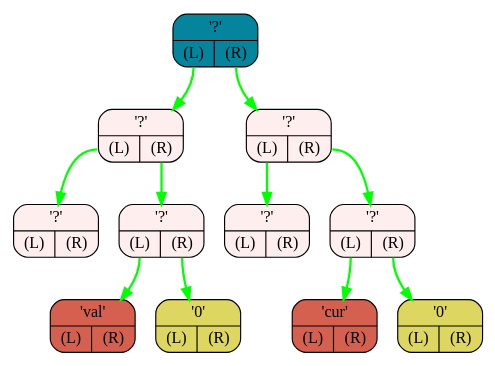
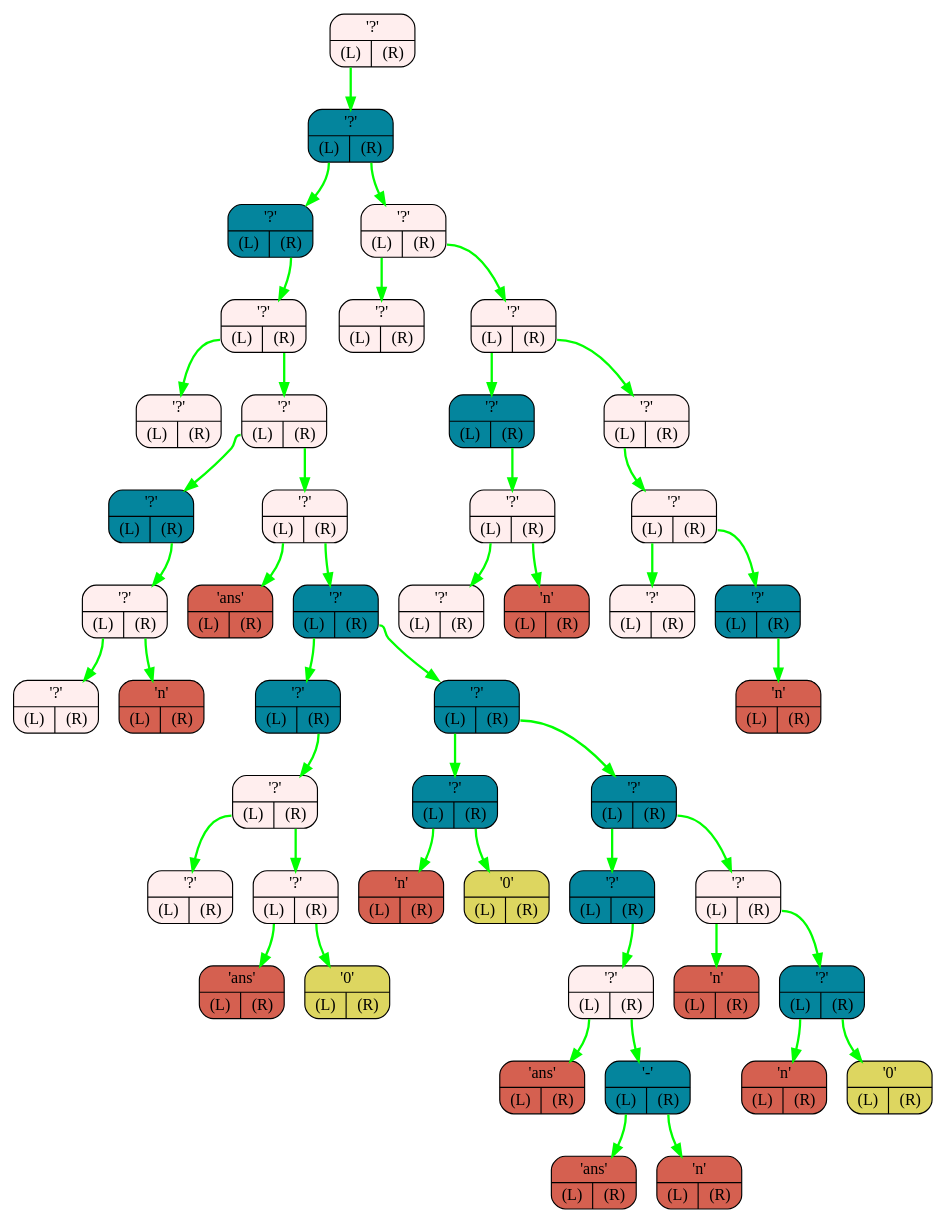
One commit to I1Va/OptimaLang changed the diagram in BackEnd/logs/graph.dot. Above: the diagram before and after it, drawn with Graphviz. The commit also changed 22 other files, not shown here.

```diff
--- a/BackEnd/logs/graph.dot
+++ b/BackEnd/logs/graph.dot
@@ -1,24 +1,96 @@
 digraph G{
     rankdir=TB;
-    NODE0x7fff18c7dfd8[shape="Mrecord",color="black",fillcolor="#04859D",style="filled",label="{'?' | {<L> (L)| <R> (R)}}"]
-    NODE0x7fff18c7e000[shape="Mrecord",color="black",fillcolor="#FFEEEE",style="filled",label="{'?' | {<L> (L)| <R> (R)}}"]
-    NODE0x7fff18c7e028[shape="Mrecord",color="black",fillcolor="#FFEEEE",style="filled",label="{'?' | {<L> (L)| <R> (R)}}"]
-    NODE0x7fff18c7e050[shape="Mrecord",color="black",fillcolor="#FFEEEE",style="filled",label="{'?' | {<L> (L)| <R> (R)}}"]
-    NODE0x7fff18c7e078[shape="Mrecord",color="black",fillcolor="#d56050",style="filled",label="{'val' | {<L> (L)| <R> (R)}}"]
-    NODE0x7fff18c7e0a0[shape="Mrecord",color="black",fillcolor="#ddd660",style="filled",label="{'0' | {<L> (L)| <R> (R)}}"]
-    NODE0x7fff18c7e0c8[shape="Mrecord",color="black",fillcolor="#FFEEEE",style="filled",label="{'?' | {<L> (L)| <R> (R)}}"]
-    NODE0x7fff18c7e0f0[shape="Mrecord",color="black",fillcolor="#FFEEEE",style="filled",label="{'?' | {<L> (L)| <R> (R)}}"]
-    NODE0x7fff18c7e118[shape="Mrecord",color="black",fillcolor="#FFEEEE",style="filled",label="{'?' | {<L> (L)| <R> (R)}}"]
-    NODE0x7fff18c7e140[shape="Mrecord",color="black",fillcolor="#d56050",style="filled",label="{'cur' | {<L> (L)| <R> (R)}}"]
-    NODE0x7fff18c7e168[shape="Mrecord",color="black",fillcolor="#ddd660",style="filled",label="{'0' | {<L> (L)| <R> (R)}}"]
-    NODE0x7fff18c7e050:L-> NODE0x7fff18c7e078 [color="#00FF00",penwidth=2,label=""]
-    NODE0x7fff18c7e050:R-> NODE0x7fff18c7e0a0 [color="#00FF00",penwidth=2,label=""]
-    NODE0x7fff18c7e000:L-> NODE0x7fff18c7e028 [color="#00FF00",penwidth=2,label=""]
-    NODE0x7fff18c7e000:R-> NODE0x7fff18c7e050 [color="#00FF00",penwidth=2,label=""]
-    NODE0x7fff18c7e118:L-> NODE0x7fff18c7e140 [color="#00FF00",penwidth=2,label=""]
-    NODE0x7fff18c7e118:R-> NODE0x7fff18c7e168 [color="#00FF00",penwidth=2,label=""]
-    NODE0x7fff18c7e0c8:L-> NODE0x7fff18c7e0f0 [color="#00FF00",penwidth=2,label=""]
-    NODE0x7fff18c7e0c8:R-> NODE0x7fff18c7e118 [color="#00FF00",penwidth=2,label=""]
-    NODE0x7fff18c7dfd8:L-> NODE0x7fff18c7e000 [color="#00FF00",penwidth=2,label=""]
-    NODE0x7fff18c7dfd8:R-> NODE0x7fff18c7e0c8 [color="#00FF00",penwidth=2,label=""]
+    NODE0x7ffe00920ae8[shape="Mrecord",color="black",fillcolor="#FFEEEE",style="filled",label="{'?' | {<L> (L)| <R> (R)}}"]
+    NODE0x7ffe00920b10[shape="Mrecord",color="black",fillcolor="#04859D",style="filled",label="{'?' | {<L> (L)| <R> (R)}}"]
+    NODE0x7ffe00920b38[shape="Mrecord",color="black",fillcolor="#04859D",style="filled",label="{'?' | {<L> (L)| <R> (R)}}"]
+    NODE0x7ffe00920b60[shape="Mrecord",color="black",fillcolor="#FFEEEE",style="filled",label="{'?' | {<L> (L)| <R> (R)}}"]
+    NODE0x7ffe00920b88[shape="Mrecord",color="black",fillcolor="#FFEEEE",style="filled",label="{'?' | {<L> (L)| <R> (R)}}"]
+    NODE0x7ffe00920bb0[shape="Mrecord",color="black",fillcolor="#FFEEEE",style="filled",label="{'?' | {<L> (L)| <R> (R)}}"]
+    NODE0x7ffe00920bd8[shape="Mrecord",color="black",fillcolor="#04859D",style="filled",label="{'?' | {<L> (L)| <R> (R)}}"]
+    NODE0x7ffe00920c00[shape="Mrecord",color="black",fillcolor="#FFEEEE",style="filled",label="{'?' | {<L> (L)| <R> (R)}}"]
+    NODE0x7ffe00920c28[shape="Mrecord",color="black",fillcolor="#FFEEEE",style="filled",label="{'?' | {<L> (L)| <R> (R)}}"]
+    NODE0x7ffe00920c50[shape="Mrecord",color="black",fillcolor="#d56050",style="filled",label="{'n' | {<L> (L)| <R> (R)}}"]
+    NODE0x7ffe00920c78[shape="Mrecord",color="black",fillcolor="#FFEEEE",style="filled",label="{'?' | {<L> (L)| <R> (R)}}"]
+    NODE0x7ffe00920ca0[shape="Mrecord",color="black",fillcolor="#d56050",style="filled",label="{'ans' | {<L> (L)| <R> (R)}}"]
+    NODE0x7ffe00920cc8[shape="Mrecord",color="black",fillcolor="#04859D",style="filled",label="{'?' | {<L> (L)| <R> (R)}}"]
+    NODE0x7ffe00920cf0[shape="Mrecord",color="black",fillcolor="#04859D",style="filled",label="{'?' | {<L> (L)| <R> (R)}}"]
+    NODE0x7ffe00920d18[shape="Mrecord",color="black",fillcolor="#FFEEEE",style="filled",label="{'?' | {<L> (L)| <R> (R)}}"]
+    NODE0x7ffe00920d40[shape="Mrecord",color="black",fillcolor="#FFEEEE",style="filled",label="{'?' | {<L> (L)| <R> (R)}}"]
+    NODE0x7ffe00920d68[shape="Mrecord",color="black",fillcolor="#FFEEEE",style="filled",label="{'?' | {<L> (L)| <R> (R)}}"]
+    NODE0x7ffe00920d90[shape="Mrecord",color="black",fillcolor="#d56050",style="filled",label="{'ans' | {<L> (L)| <R> (R)}}"]
+    NODE0x7ffe00920db8[shape="Mrecord",color="black",fillcolor="#ddd660",style="filled",label="{'0' | {<L> (L)| <R> (R)}}"]
+    NODE0x7ffe00920de0[shape="Mrecord",color="black",fillcolor="#04859D",style="filled",label="{'?' | {<L> (L)| <R> (R)}}"]
+    NODE0x7ffe00920e08[shape="Mrecord",color="black",fillcolor="#04859D",style="filled",label="{'?' | {<L> (L)| <R> (R)}}"]
+    NODE0x7ffe00920e30[shape="Mrecord",color="black",fillcolor="#d56050",style="filled",label="{'n' | {<L> (L)| <R> (R)}}"]
+    NODE0x7ffe00920e58[shape="Mrecord",color="black",fillcolor="#ddd660",style="filled",label="{'0' | {<L> (L)| <R> (R)}}"]
+    NODE0x7ffe00920e80[shape="Mrecord",color="black",fillcolor="#04859D",style="filled",label="{'?' | {<L> (L)| <R> (R)}}"]
+    NODE0x7ffe00920ea8[shape="Mrecord",color="black",fillcolor="#04859D",style="filled",label="{'?' | {<L> (L)| <R> (R)}}"]
+    NODE0x7ffe00920ed0[shape="Mrecord",color="black",fillcolor="#FFEEEE",style="filled",label="{'?' | {<L> (L)| <R> (R)}}"]
+    NODE0x7ffe00920ef8[shape="Mrecord",color="black",fillcolor="#d56050",style="filled",label="{'ans' | {<L> (L)| <R> (R)}}"]
+    NODE0x7ffe00920f20[shape="Mrecord",color="black",fillcolor="#04859D",style="filled",label="{'-' | {<L> (L)| <R> (R)}}"]
+    NODE0x7ffe00920f48[shape="Mrecord",color="black",fillcolor="#d56050",style="filled",label="{'ans' | {<L> (L)| <R> (R)}}"]
+    NODE0x7ffe00920f70[shape="Mrecord",color="black",fillcolor="#d56050",style="filled",label="{'n' | {<L> (L)| <R> (R)}}"]
+    NODE0x7ffe00920f98[shape="Mrecord",color="black",fillcolor="#FFEEEE",style="filled",label="{'?' | {<L> (L)| <R> (R)}}"]
+    NODE0x7ffe00920fc0[shape="Mrecord",color="black",fillcolor="#d56050",style="filled",label="{'n' | {<L> (L)| <R> (R)}}"]
+    NODE0x7ffe00920fe8[shape="Mrecord",color="black",fillcolor="#04859D",style="filled",label="{'?' | {<L> (L)| <R> (R)}}"]
+    NODE0x7ffe00921010[shape="Mrecord",color="black",fillcolor="#d56050",style="filled",label="{'n' | {<L> (L)| <R> (R)}}"]
+    NODE0x7ffe00921038[shape="Mrecord",color="black",fillcolor="#ddd660",style="filled",label="{'0' | {<L> (L)| <R> (R)}}"]
+    NODE0x7ffe00921060[shape="Mrecord",color="black",fillcolor="#FFEEEE",style="filled",label="{'?' | {<L> (L)| <R> (R)}}"]
+    NODE0x7ffe00921088[shape="Mrecord",color="black",fillcolor="#FFEEEE",style="filled",label="{'?' | {<L> (L)| <R> (R)}}"]
+    NODE0x7ffe009210b0[shape="Mrecord",color="black",fillcolor="#FFEEEE",style="filled",label="{'?' | {<L> (L)| <R> (R)}}"]
+    NODE0x7ffe009210d8[shape="Mrecord",color="black",fillcolor="#04859D",style="filled",label="{'?' | {<L> (L)| <R> (R)}}"]
+    NODE0x7ffe00921100[shape="Mrecord",color="black",fillcolor="#FFEEEE",style="filled",label="{'?' | {<L> (L)| <R> (R)}}"]
+    NODE0x7ffe00921128[shape="Mrecord",color="black",fillcolor="#FFEEEE",style="filled",label="{'?' | {<L> (L)| <R> (R)}}"]
+    NODE0x7ffe00921150[shape="Mrecord",color="black",fillcolor="#d56050",style="filled",label="{'n' | {<L> (L)| <R> (R)}}"]
+    NODE0x7ffe00921178[shape="Mrecord",color="black",fillcolor="#FFEEEE",style="filled",label="{'?' | {<L> (L)| <R> (R)}}"]
+    NODE0x7ffe009211a0[shape="Mrecord",color="black",fillcolor="#FFEEEE",style="filled",label="{'?' | {<L> (L)| <R> (R)}}"]
+    NODE0x7ffe009211c8[shape="Mrecord",color="black",fillcolor="#FFEEEE",style="filled",label="{'?' | {<L> (L)| <R> (R)}}"]
+    NODE0x7ffe009211f0[shape="Mrecord",color="black",fillcolor="#04859D",style="filled",label="{'?' | {<L> (L)| <R> (R)}}"]
+    NODE0x7ffe00921218[shape="Mrecord",color="black",fillcolor="#d56050",style="filled",label="{'n' | {<L> (L)| <R> (R)}}"]
+    NODE0x7ffe00920c00:L-> NODE0x7ffe00920c28 [color="#00FF00",penwidth=2,label=""]
+    NODE0x7ffe00920c00:R-> NODE0x7ffe00920c50 [color="#00FF00",penwidth=2,label=""]
+    NODE0x7ffe00920bd8:R-> NODE0x7ffe00920c00 [color="#00FF00",penwidth=2,label=""]
+    NODE0x7ffe00920d68:L-> NODE0x7ffe00920d90 [color="#00FF00",penwidth=2,label=""]
+    NODE0x7ffe00920d68:R-> NODE0x7ffe00920db8 [color="#00FF00",penwidth=2,label=""]
+    NODE0x7ffe00920d18:L-> NODE0x7ffe00920d40 [color="#00FF00",penwidth=2,label=""]
+    NODE0x7ffe00920d18:R-> NODE0x7ffe00920d68 [color="#00FF00",penwidth=2,label=""]
+    NODE0x7ffe00920cf0:R-> NODE0x7ffe00920d18 [color="#00FF00",penwidth=2,label=""]
+    NODE0x7ffe00920e08:L-> NODE0x7ffe00920e30 [color="#00FF00",penwidth=2,label=""]
+    NODE0x7ffe00920e08:R-> NODE0x7ffe00920e58 [color="#00FF00",penwidth=2,label=""]
+    NODE0x7ffe00920f20:L-> NODE0x7ffe00920f48 [color="#00FF00",penwidth=2,label=""]
+    NODE0x7ffe00920f20:R-> NODE0x7ffe00920f70 [color="#00FF00",penwidth=2,label=""]
+    NODE0x7ffe00920ed0:L-> NODE0x7ffe00920ef8 [color="#00FF00",penwidth=2,label=""]
+    NODE0x7ffe00920ed0:R-> NODE0x7ffe00920f20 [color="#00FF00",penwidth=2,label=""]
+    NODE0x7ffe00920ea8:R-> NODE0x7ffe00920ed0 [color="#00FF00",penwidth=2,label=""]
+    NODE0x7ffe00920fe8:L-> NODE0x7ffe00921010 [color="#00FF00",penwidth=2,label=""]
+    NODE0x7ffe00920fe8:R-> NODE0x7ffe00921038 [color="#00FF00",penwidth=2,label=""]
+    NODE0x7ffe00920f98:L-> NODE0x7ffe00920fc0 [color="#00FF00",penwidth=2,label=""]
+    NODE0x7ffe00920f98:R-> NODE0x7ffe00920fe8 [color="#00FF00",penwidth=2,label=""]
+    NODE0x7ffe00920e80:L-> NODE0x7ffe00920ea8 [color="#00FF00",penwidth=2,label=""]
+    NODE0x7ffe00920e80:R-> NODE0x7ffe00920f98 [color="#00FF00",penwidth=2,label=""]
+    NODE0x7ffe00920de0:L-> NODE0x7ffe00920e08 [color="#00FF00",penwidth=2,label=""]
+    NODE0x7ffe00920de0:R-> NODE0x7ffe00920e80 [color="#00FF00",penwidth=2,label=""]
+    NODE0x7ffe00920cc8:L-> NODE0x7ffe00920cf0 [color="#00FF00",penwidth=2,label=""]
+    NODE0x7ffe00920cc8:R-> NODE0x7ffe00920de0 [color="#00FF00",penwidth=2,label=""]
+    NODE0x7ffe00920c78:L-> NODE0x7ffe00920ca0 [color="#00FF00",penwidth=2,label=""]
+    NODE0x7ffe00920c78:R-> NODE0x7ffe00920cc8 [color="#00FF00",penwidth=2,label=""]
+    NODE0x7ffe00920bb0:L-> NODE0x7ffe00920bd8 [color="#00FF00",penwidth=2,label=""]
+    NODE0x7ffe00920bb0:R-> NODE0x7ffe00920c78 [color="#00FF00",penwidth=2,label=""]
+    NODE0x7ffe00920b60:L-> NODE0x7ffe00920b88 [color="#00FF00",penwidth=2,label=""]
+    NODE0x7ffe00920b60:R-> NODE0x7ffe00920bb0 [color="#00FF00",penwidth=2,label=""]
+    NODE0x7ffe00920b38:R-> NODE0x7ffe00920b60 [color="#00FF00",penwidth=2,label=""]
+    NODE0x7ffe00921100:L-> NODE0x7ffe00921128 [color="#00FF00",penwidth=2,label=""]
+    NODE0x7ffe00921100:R-> NODE0x7ffe00921150 [color="#00FF00",penwidth=2,label=""]
+    NODE0x7ffe009210d8:R-> NODE0x7ffe00921100 [color="#00FF00",penwidth=2,label=""]
+    NODE0x7ffe009211f0:R-> NODE0x7ffe00921218 [color="#00FF00",penwidth=2,label=""]
+    NODE0x7ffe009211a0:L-> NODE0x7ffe009211c8 [color="#00FF00",penwidth=2,label=""]
+    NODE0x7ffe009211a0:R-> NODE0x7ffe009211f0 [color="#00FF00",penwidth=2,label=""]
+    NODE0x7ffe00921178:L-> NODE0x7ffe009211a0 [color="#00FF00",penwidth=2,label=""]
+    NODE0x7ffe009210b0:L-> NODE0x7ffe009210d8 [color="#00FF00",penwidth=2,label=""]
+    NODE0x7ffe009210b0:R-> NODE0x7ffe00921178 [color="#00FF00",penwidth=2,label=""]
+    NODE0x7ffe00921060:L-> NODE0x7ffe00921088 [color="#00FF00",penwidth=2,label=""]
+    NODE0x7ffe00921060:R-> NODE0x7ffe009210b0 [color="#00FF00",penwidth=2,label=""]
+    NODE0x7ffe00920b10:L-> NODE0x7ffe00920b38 [color="#00FF00",penwidth=2,label=""]
+    NODE0x7ffe00920b10:R-> NODE0x7ffe00921060 [color="#00FF00",penwidth=2,label=""]
+    NODE0x7ffe00920ae8:L-> NODE0x7ffe00920b10 [color="#00FF00",penwidth=2,label=""]
 }
```
